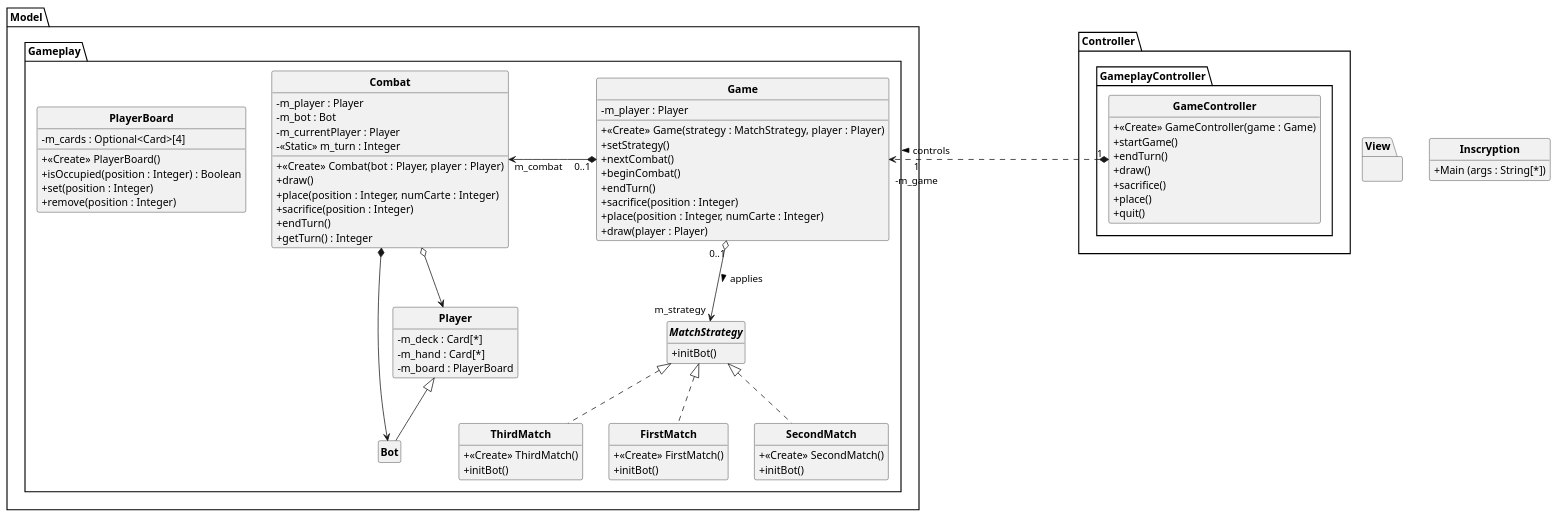
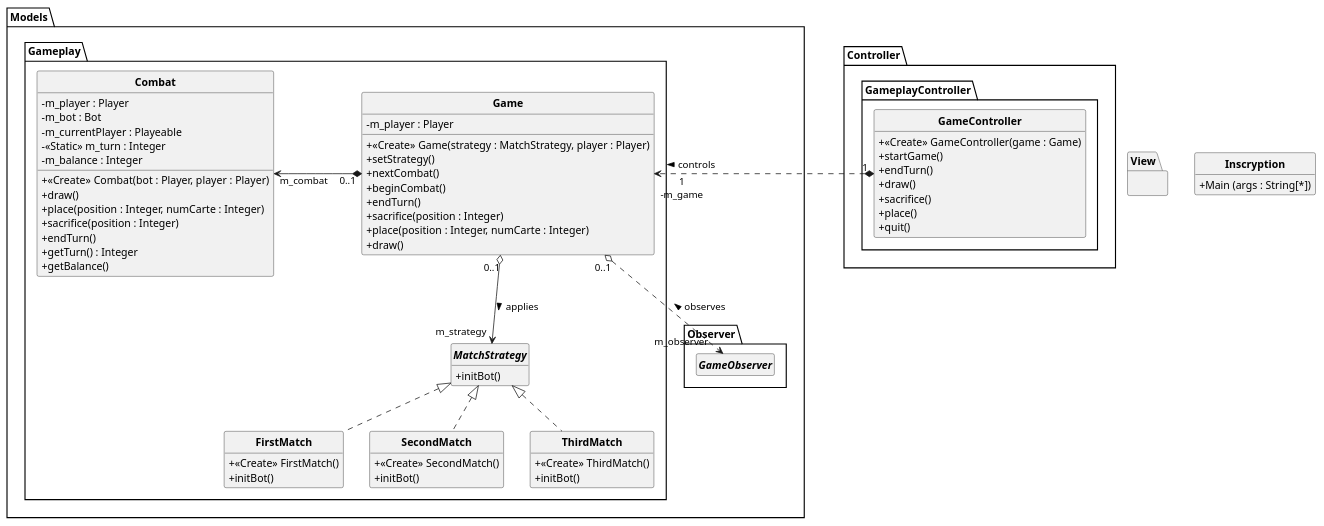
The diagram in uml/Game.puml (Guyomeuh/inscryption-tui), drawn with PlantUML before and after one commit. The commit also changed 14 other files, not shown here.

Commit message:
feat: Modification de l'UML du gameplay, ajout du nombre de tour dans combat, ajout d'interface et class Observer pour l'affichage à venir + subscriber dans Game

```diff
--- a/uml/Game.puml
+++ b/uml/Game.puml
@@ -1,121 +1,109 @@
 @startuml
 'https://plantuml.com/class-diagram
 
 skinparam classAttributeIconSize 0
 skinparam classFontStyle Bold
 skinparam style strictuml
 hide empty members
 
 class Inscryption
 {
     +Main (args : String[*])
 }
 
 package View
 {
+
 }
-package Model
+package Models
 {
     package Gameplay
     {
         class Game
         {
             - m_player : Player
             +<<Create>> Game(strategy : MatchStrategy, player : Player)
             +setStrategy()
             +nextCombat()
             +beginCombat()
             +endTurn()
             +sacrifice(position : Integer)
             +place(position : Integer, numCarte : Integer)
-            +draw(player : Player)
+            +draw()
         }
 
         class Combat
         {
             - m_player : Player
             - m_bot : Bot
-            - m_currentPlayer : Player
+            - m_currentPlayer : Playeable
             - <<Static>> m_turn : Integer
+            - m_balance : Integer
             +<<Create>> Combat(bot : Player, player : Player)
             +draw()
             +place(position : Integer, numCarte : Integer)
             +sacrifice(position : Integer)
             +endTurn()
             +getTurn() : Integer
+            +getBalance()
         }
 
 
 
         interface MatchStrategy
         {
             +initBot()
         }
 
         class FirstMatch implements MatchStrategy
         {
             +<<Create>> FirstMatch()
             +initBot()
         }
 
         class SecondMatch implements MatchStrategy
         {
             +<<Create>> SecondMatch()
             +initBot()
         }
 
         class ThirdMatch implements MatchStrategy
         {
             +<<Create>> ThirdMatch()
             +initBot()
         }
 
         Game "0..1" o--> "m_strategy" MatchStrategy  : > applies
         Game "0..1" *-l-> "m_combat" Combat :  \t\t\t
-        Combat o--> Player
-        Combat *-> Bot
+    }
 
-        class PlayerBoard
+    package Observer
+    {
+        interface GameObserver
         {
-            -m_cards : Optional<Card>[4]
-            +<<Create>> PlayerBoard()
-            +isOccupied(position : Integer) : Boolean
-            +set(position : Integer)
-            +remove(position : Integer)
-
         }
 
-        class Player
-        {
-            - m_deck : Card[*]
-            - m_hand : Card[*]
-            - m_board : PlayerBoard
-
-        }
-
-        class Bot extends Player
-        {
-        }
     }
 
+    Game "0..1" o..> "m_observer" GameObserver : < observes
 }
 
 package Controller
 {
     package GameplayController
     {
         class GameController
         {
             + <<Create>> GameController(game : Game)
             + startGame()
             + endTurn()
             + draw()
             + sacrifice()
             + place()
             + quit()
         }
     }
 }
 
 GameController "1" *.> "1\n-m_game" Game : > controls\t\t\t\t\t\t\t\t
 @enduml
```
